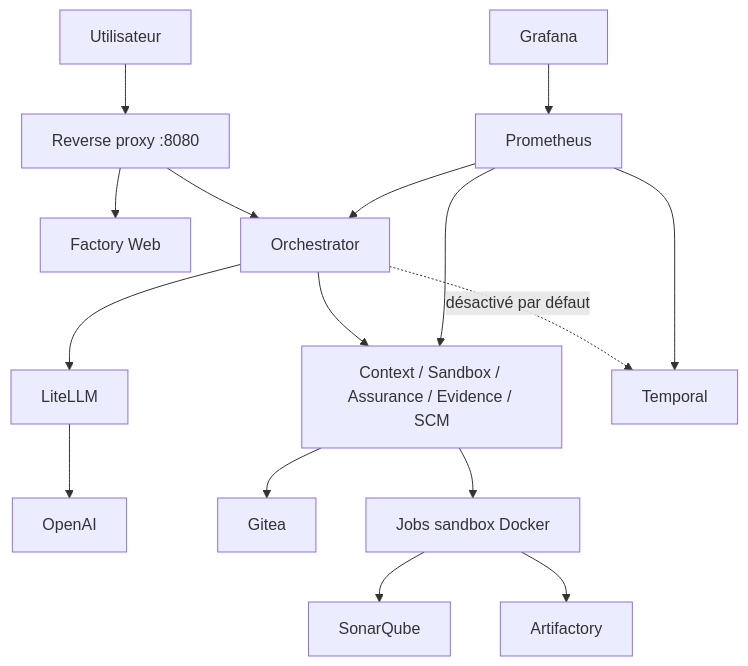
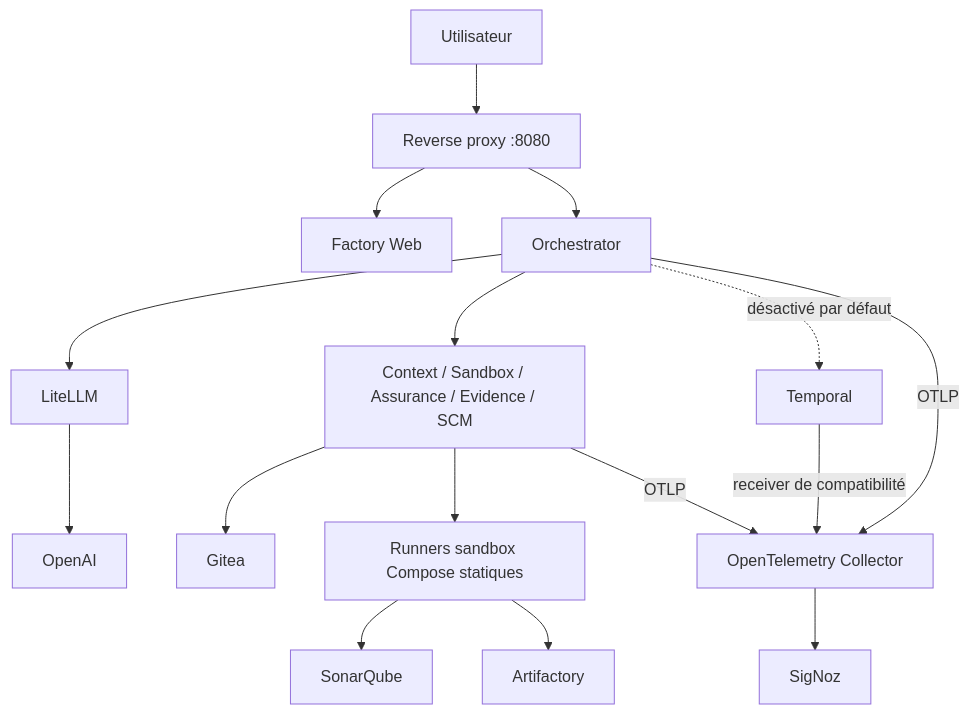
The diagram in docs/operations/maintenance.md (dbeaumont/ai-software-factory-local), drawn with Mermaid before and after one commit. The commit also changed other lines of this file and 88 other files, not shown here.

Commit message:
feat(observability): replace Prometheus and Grafana with OpenTelemetry

````diff
--- a/docs/operations/maintenance.md
+++ b/docs/operations/maintenance.md
@@ -61,18 +61,18 @@
 ```mermaid
 flowchart TB
   U[Utilisateur] --> RP[Reverse proxy :8080]
   RP --> WEB[Factory Web]
   RP --> ORCH[Orchestrator]
   ORCH --> LLM[LiteLLM]
   LLM --> OAI[OpenAI]
   ORCH --> MCP[Context / Sandbox / Assurance / Evidence / SCM]
   MCP --> G[Gitea]
-  MCP --> J[Jobs sandbox Docker]
+  MCP --> J[Runners sandbox Compose statiques]
   J --> SQ[SonarQube]
   J --> AF[Artifactory]
   ORCH -. désactivé par défaut .-> T[Temporal]
-  P[Prometheus] --> ORCH
-  P --> MCP
-  P --> T
-  GF[Grafana] --> P
+  ORCH -->|OTLP| C[OpenTelemetry Collector]
+  MCP -->|OTLP| C
+  T -->|receiver de compatibilité| C
+  C --> S[SigNoz]
 ```
````
